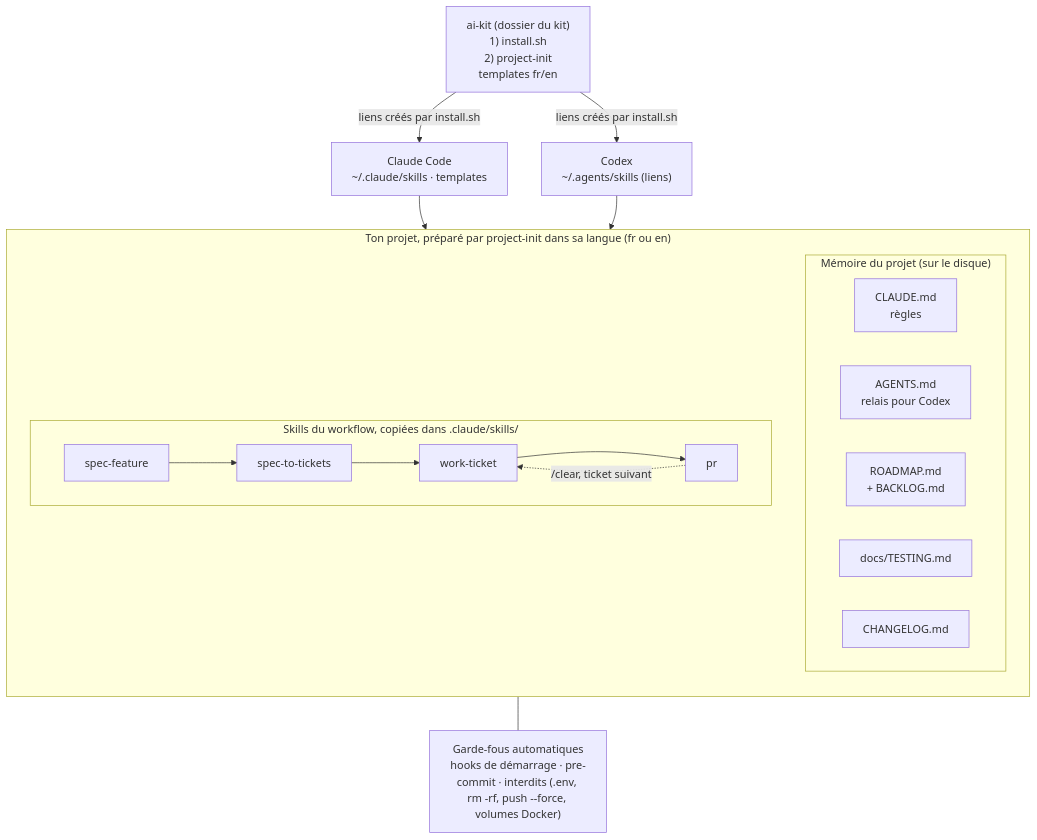
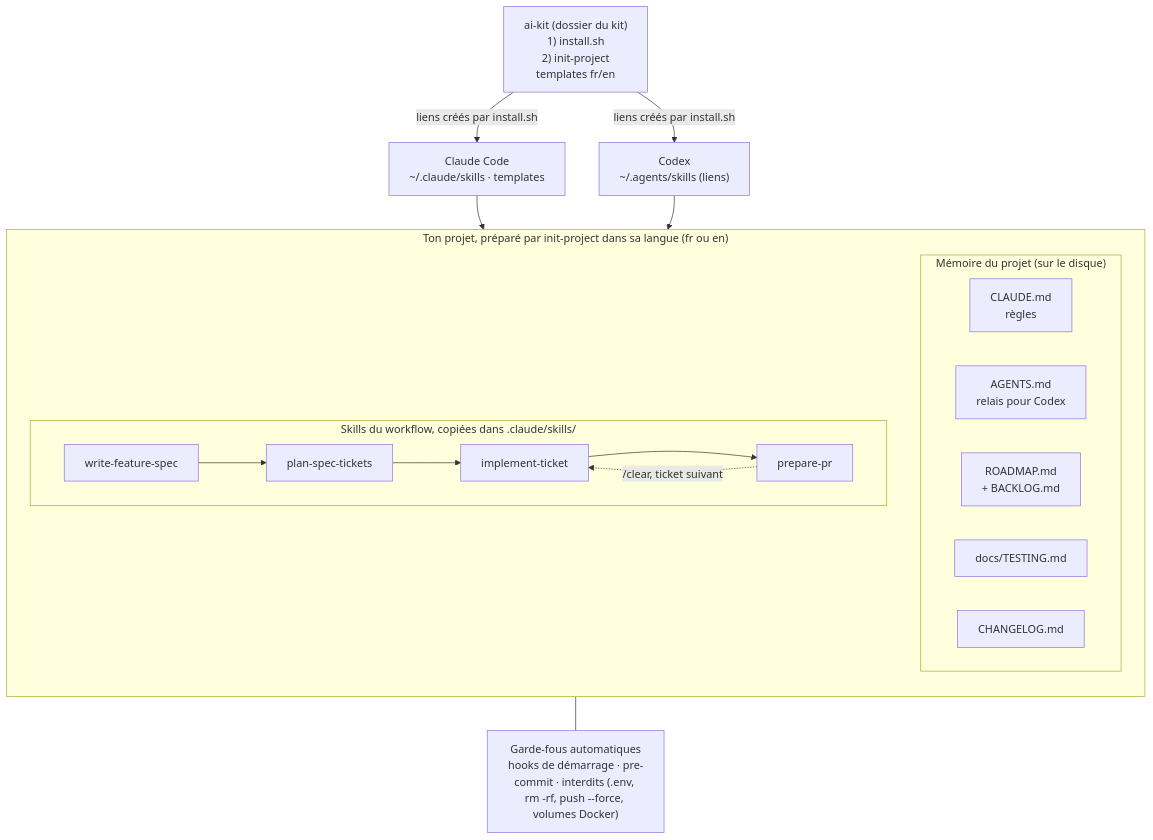
The first of 2 diagrams in GUIDE.fr.md (drisshaou/ai-kit), drawn with Mermaid before and after one commit. The commit also changed other lines of this file and 19 other files, not shown here.

````diff
--- a/GUIDE.fr.md
+++ b/GUIDE.fr.md
@@ -10,30 +10,30 @@
 ```mermaid
 flowchart TD
-    KIT["ai-kit (dossier du kit)<br/>1) install.sh<br/>2) project-init<br/>templates fr/en"]
+    KIT["ai-kit (dossier du kit)<br/>1) install.sh<br/>2) init-project<br/>templates fr/en"]
     CLAUDE["Claude Code<br/>~/.claude/skills · templates"]
     CODEX["Codex<br/>~/.agents/skills (liens)"]
     KIT -->|liens créés par install.sh| CLAUDE
     KIT -->|liens créés par install.sh| CODEX
 
-    subgraph PROJET["Ton projet, préparé par project-init dans sa langue (fr ou en)"]
+    subgraph PROJET["Ton projet, préparé par init-project dans sa langue (fr ou en)"]
         direction TB
         subgraph FICHIERS["Mémoire du projet (sur le disque)"]
             direction LR
             F1["CLAUDE.md<br/>règles"]
             F2["AGENTS.md<br/>relais pour Codex"]
             F3["ROADMAP.md<br/>+ BACKLOG.md"]
             F4["docs/TESTING.md"]
             F5["CHANGELOG.md"]
         end
         subgraph FLUX["Skills du workflow, copiées dans .claude/skills/"]
             direction LR
-            S1["spec-feature"] --> S2["spec-to-tickets"] --> S3["work-ticket"] --> S4["pr"]
+            S1["write-feature-spec"] --> S2["plan-spec-tickets"] --> S3["implement-ticket"] --> S4["prepare-pr"]
             S4 -.->|"/clear, ticket suivant"| S3
         end
     end
 
     CLAUDE --> PROJET
     CODEX --> PROJET
     GARDE["Garde-fous automatiques<br/>hooks de démarrage · pre-commit · interdits (.env, rm -rf, push --force, volumes Docker)"]
     PROJET --- GARDE
 ```
````
